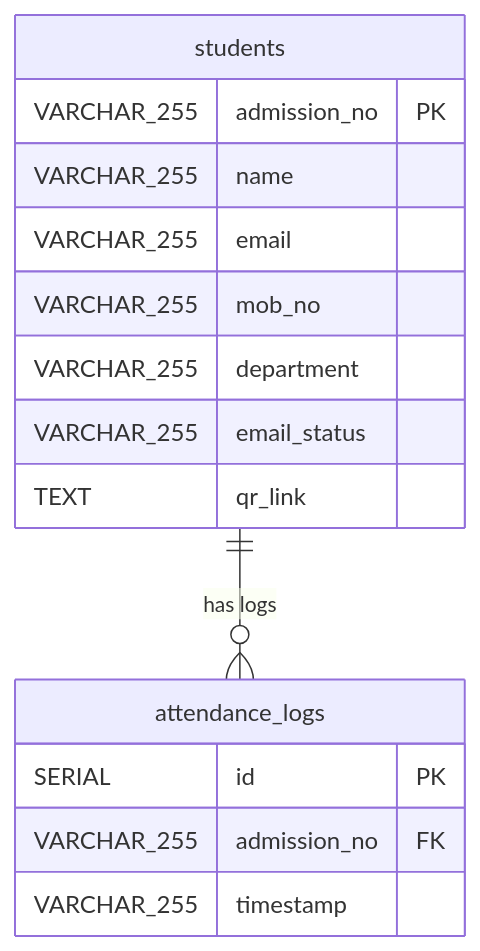
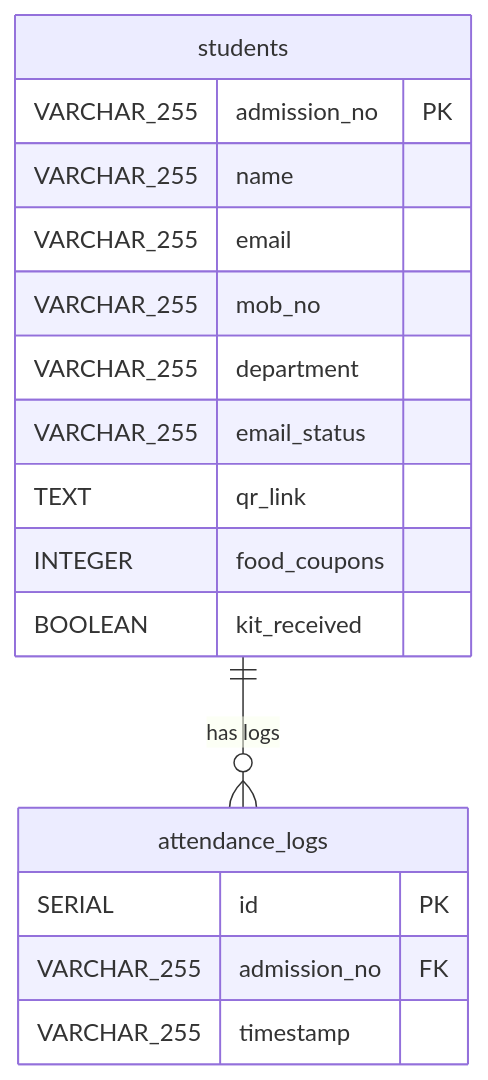
Before and after one commit to Himanshu-kulkarni/Attendence: the second of 2 diagrams in README.md, drawn with Mermaid. The commit also changed other lines of this file and 5 other files, not shown here.

Commit message:
Fix timezone logging to IST, add food coupons tracking, and kit received status tracking

````diff
--- a/README.md
+++ b/README.md
@@ -301,18 +325,20 @@
 ```mermaid
 erDiagram
     students {
         VARCHAR_255 admission_no PK
         VARCHAR_255 name
         VARCHAR_255 email
         VARCHAR_255 mob_no
         VARCHAR_255 department
         VARCHAR_255 email_status
         TEXT qr_link
+        INTEGER food_coupons
+        BOOLEAN kit_received
     }
     attendance_logs {
         SERIAL id PK
         VARCHAR_255 admission_no FK
         VARCHAR_255 timestamp
     }
     students ||--o{ attendance_logs : "has logs"
 ```
````
